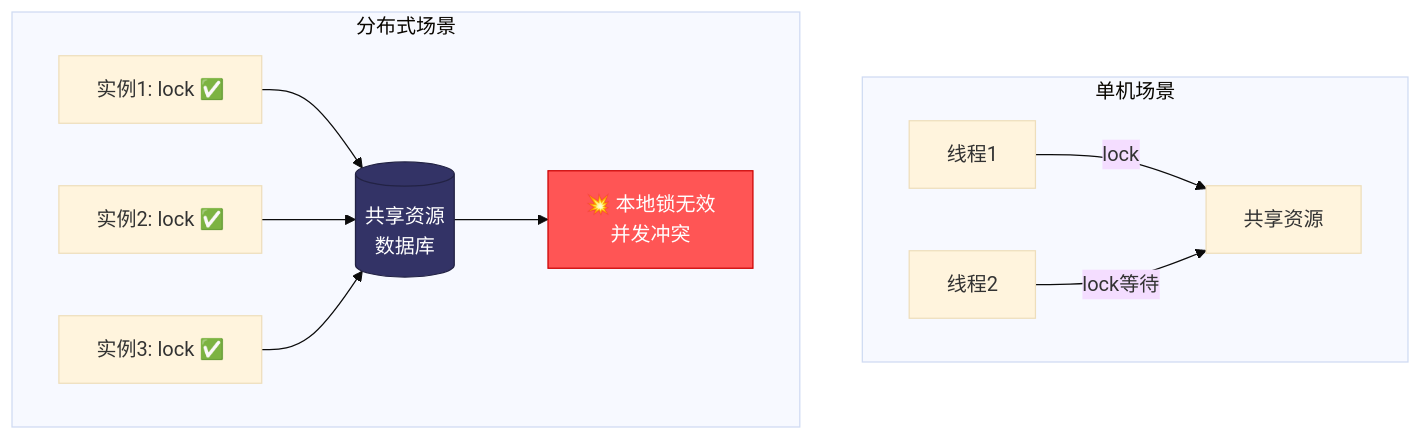
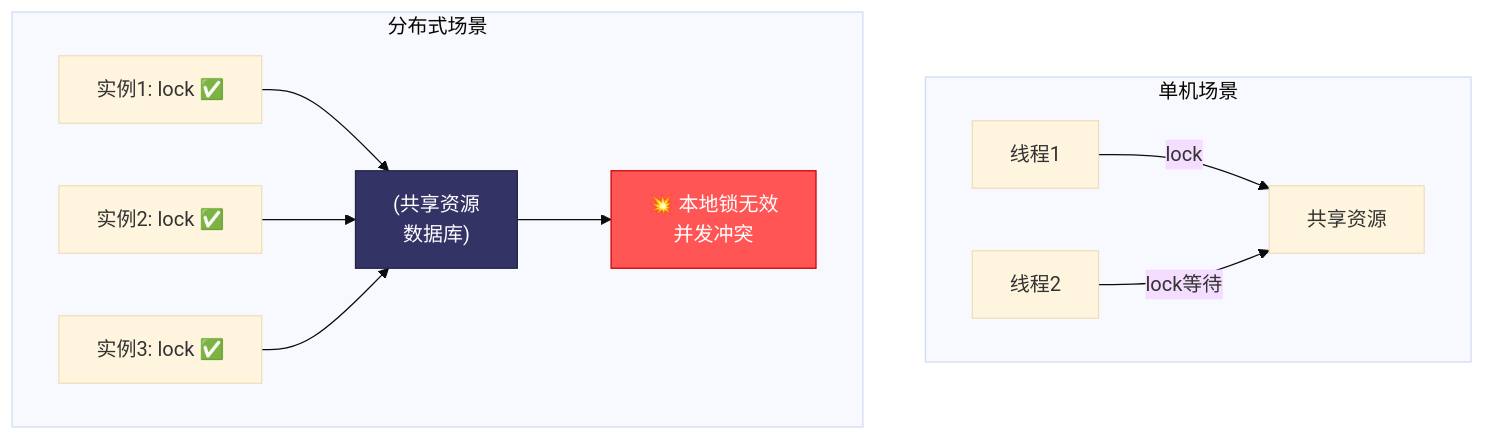
Before and after one commit to moklgydocs/moklgydocs.github.io: the first of 14 diagrams in src/后端开发/Redis/09_生产级架构设计/02_分布式锁与限流.md, drawn with Mermaid (base theme). The commit also changed other lines of this file and 178 other files, not shown here.

First line of the commit message:
fix: 修复 mermaid 图表语法错误 - 为含 <br/> 的标签添加引号、修复未闭合引号

````diff
--- a/src/后端开发/Redis/09_生产级架构设计/02_分布式锁与限流.md
+++ b/src/后端开发/Redis/09_生产级架构设计/02_分布式锁与限流.md
@@ -22,18 +22,18 @@
 ```mermaid
 flowchart TD
     subgraph 单机场景
         A1[线程1] -->|lock| R1[共享资源]
         A2[线程2] -->|lock等待| R1
     end
 
     subgraph 分布式场景
-        B1[实例1: lock ✅] --> DB[(共享资源<br/>数据库)]
+        B1[实例1: lock ✅] --> DB["(共享资源<br/>数据库)"]
         B2[实例2: lock ✅] --> DB
         B3[实例3: lock ✅] --> DB
 
-        DB --> X[💥 本地锁无效<br/>并发冲突]
+        DB --> X["💥 本地锁无效<br/>并发冲突"]
     end
 
     style X fill:#f55,stroke:#c00,color:#fff
     style DB fill:#336,stroke:#224,color:#fff
 ```
````
